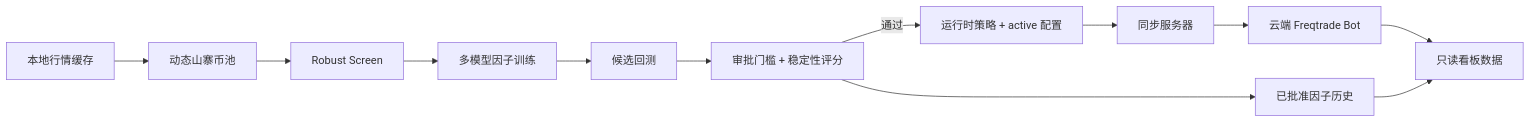
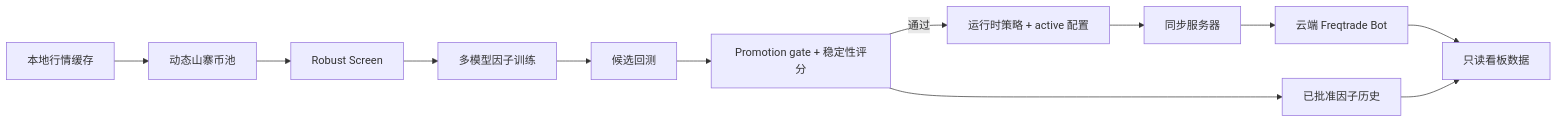
One commit to ETO-ze/freqtrade-local changed the diagram in README.zh-CN.md. Above: the diagram before and after it, drawn with Mermaid. The commit also changed other lines of this file and 17 other files, not shown here.

````diff
--- a/README.zh-CN.md
+++ b/README.zh-CN.md
@@ -87,14 +81,14 @@
 ```mermaid
 flowchart LR
     A[本地行情缓存] --> B[动态山寨币池]
     B --> C[Robust Screen]
     C --> D[多模型因子训练]
     D --> E[候选回测]
-    E --> F[审批门槛 + 稳定性评分]
+    E --> F[Promotion gate + 稳定性评分]
     F -->|通过| G[运行时策略 + active 配置]
     G --> H[同步服务器]
     H --> I[云端 Freqtrade Bot]
     I --> J[只读看板数据]
     F --> K[已批准因子历史]
     K --> J
 ```
````
